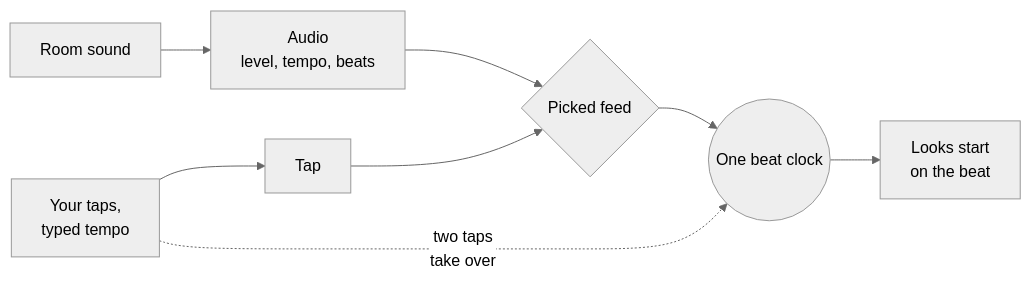
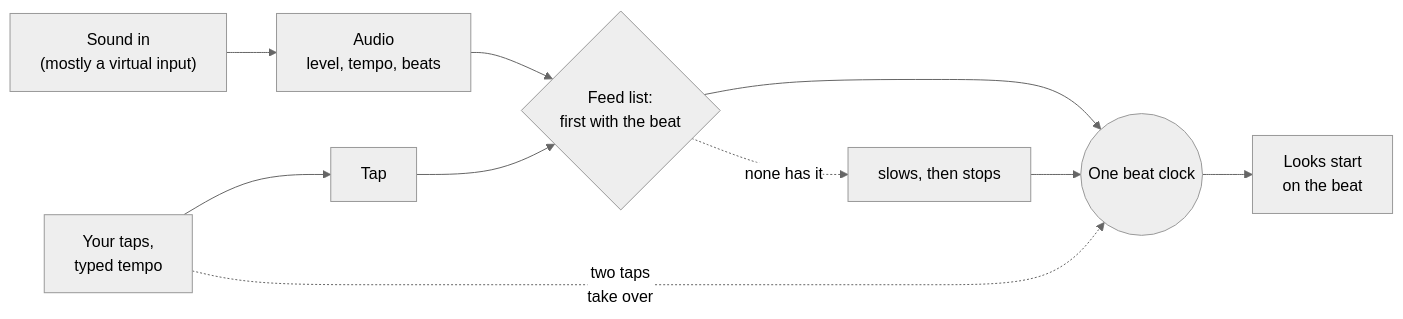
One commit to abossard/bossylights changed the first of 9 diagrams in docs/design/tempo-feeds.md. Above: the diagram before and after it, drawn with Mermaid (neutral theme). The commit also changed other lines of this file, not shown here.

````diff
--- a/docs/design/tempo-feeds.md
+++ b/docs/design/tempo-feeds.md
@@ -13,10 +15,12 @@
 ```mermaid
 flowchart LR
-  R["Room sound"] --> A["Audio<br/>level, tempo, beats"]
+  R["Sound in<br/>(mostly a virtual input)"] --> A["Audio<br/>level, tempo, beats"]
   H["Your taps,<br/>typed tempo"] --> T["Tap"]
-  A --> P{"Picked feed"}
+  A --> P{"Feed list:<br/>first with the beat"}
   T --> P
   P --> C(("One beat clock"))
+  P -. "none has it" .-> S["slows, then stops"]
+  S --> C
   H -. "two taps<br/>take over" .-> C
   C --> L["Looks start<br/>on the beat"]
 ```
````
